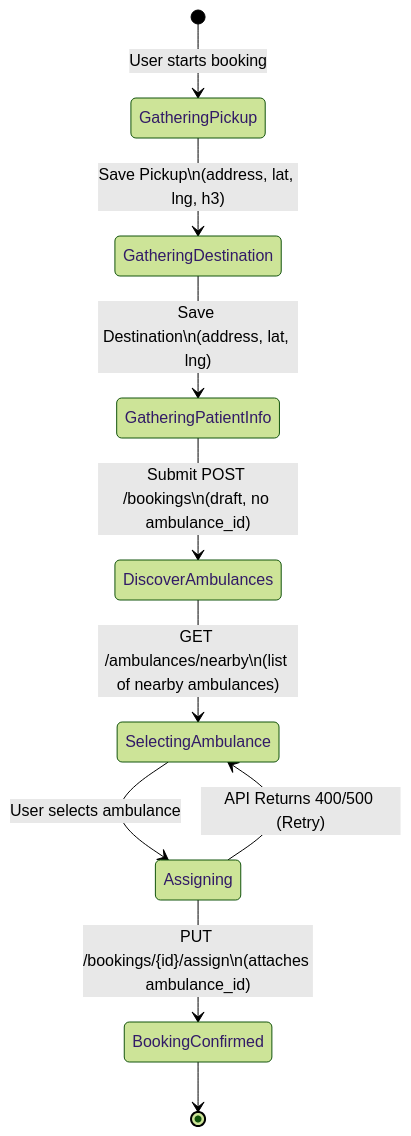
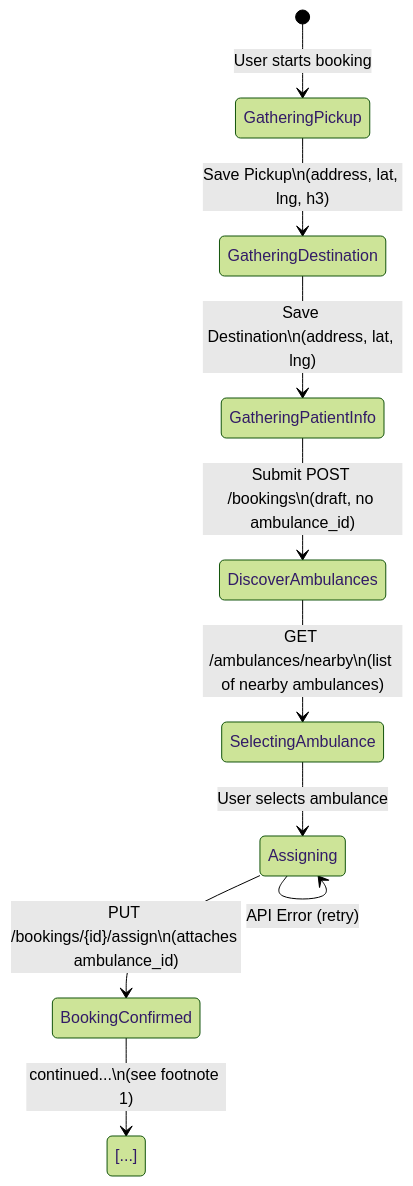
The first of 2 diagrams in docs/FRONTEND_BOOKING_FLOW.md (101-toyota-team/resqlink-be), drawn with Mermaid (forest theme) before and after one commit. The commit also changed other lines of this file, not shown here.

Commit message:
docs: update frontend booking flow documentation and diagrams

````diff
--- a/docs/FRONTEND_BOOKING_FLOW.md
+++ b/docs/FRONTEND_BOOKING_FLOW.md
@@ -13,16 +15,16 @@
 ```mermaid
 stateDiagram-v2
     [*] --> GatheringPickup : User starts booking
     
     GatheringPickup --> GatheringDestination : Save Pickup\n(address, lat, lng, h3)
     GatheringDestination --> GatheringPatientInfo : Save Destination\n(address, lat, lng)
     GatheringPatientInfo --> DiscoverAmbulances : Submit POST /bookings\n(draft, no ambulance_id)
     
     DiscoverAmbulances --> SelectingAmbulance : GET /ambulances/nearby\n(list of nearby ambulances)
     SelectingAmbulance --> Assigning : User selects ambulance
     
     Assigning --> BookingConfirmed : PUT /bookings/{id}/assign\n(attaches ambulance_id)
-    Assigning --> SelectingAmbulance : API Returns 400/500 (Retry)
+    Assigning --> Assigning : API Error (retry)
     
-    BookingConfirmed --> [*]
+    BookingConfirmed --> [...] : continued...\n(see footnote 1)
 ```
````
